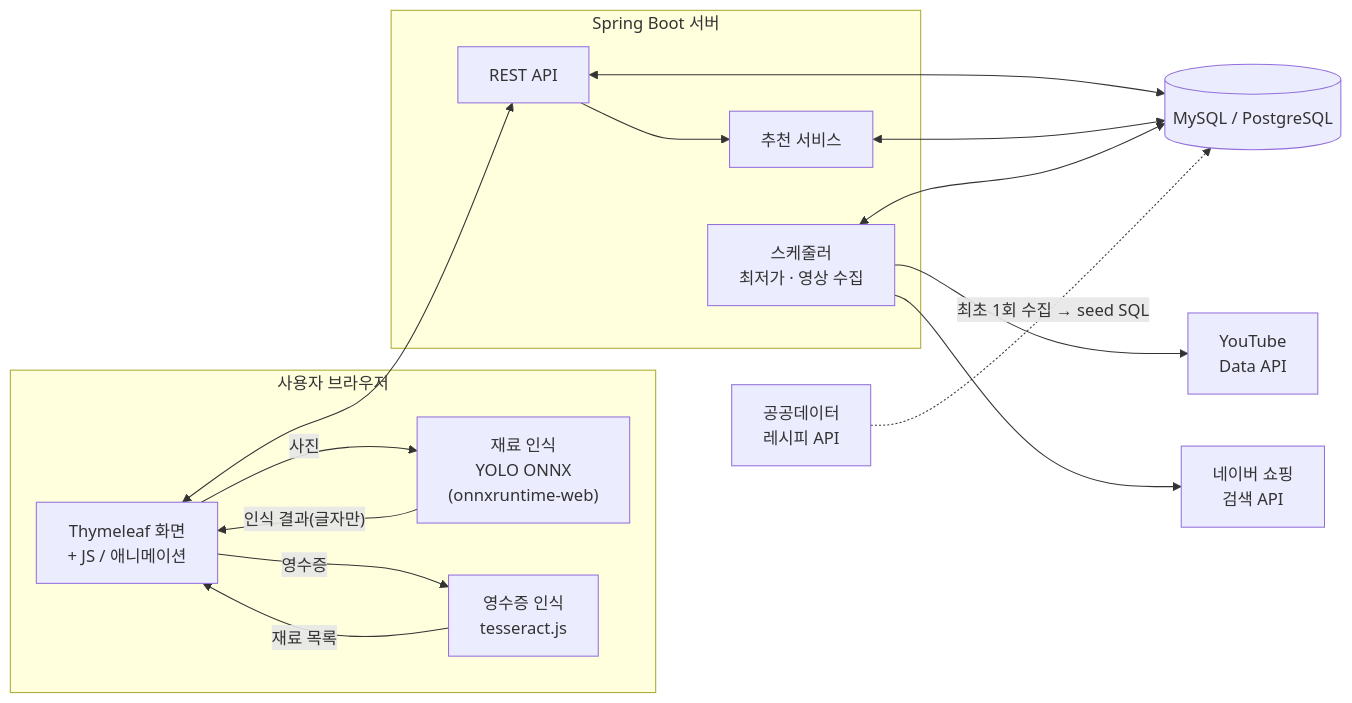
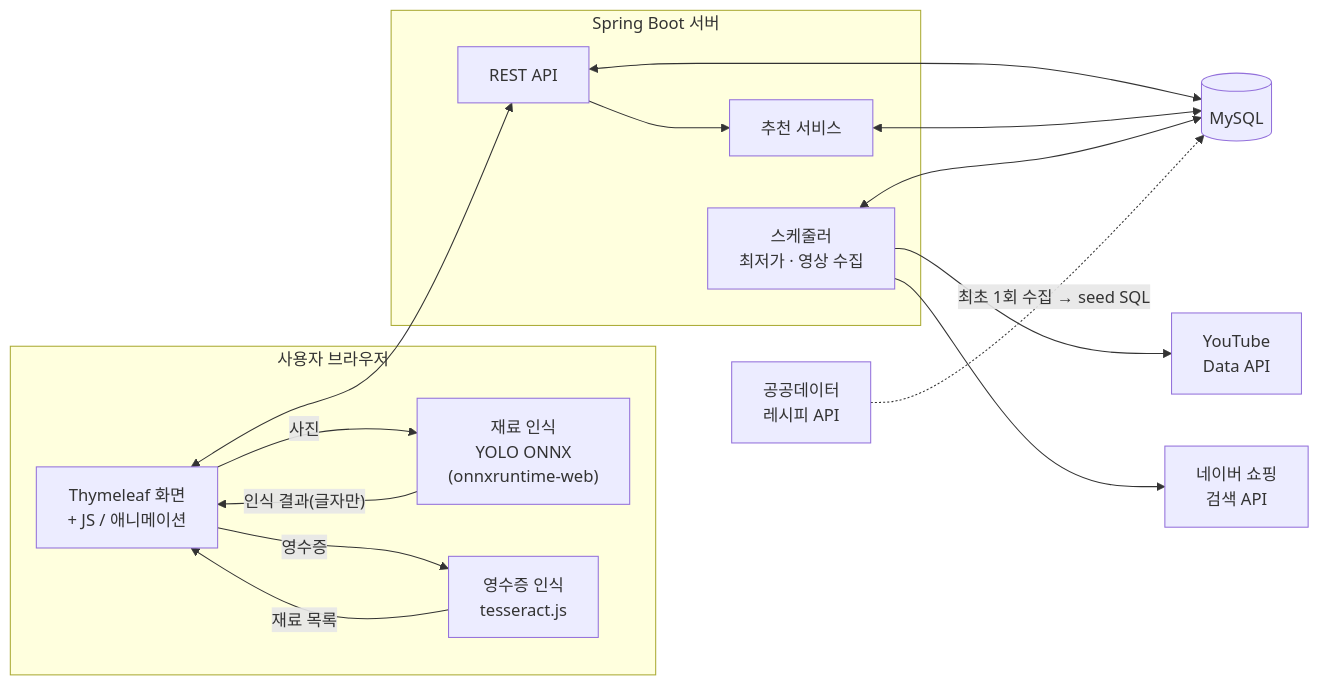
The first of 2 diagrams in README.md (Team-yorijori/yorijori), drawn with Mermaid before and after one commit. The commit also changed other lines of this file and 20 other files, not shown here.

````diff
--- a/README.md
+++ b/README.md
@@ -154,30 +156,30 @@
 ```mermaid
 flowchart LR
   subgraph Browser["사용자 브라우저"]
     UI["Thymeleaf 화면<br/>+ JS / 애니메이션"]
     SCAN["재료 인식<br/>YOLO ONNX<br/>(onnxruntime-web)"]
     OCR["영수증 인식<br/>tesseract.js"]
   end
   subgraph Server["Spring Boot 서버"]
     API["REST API"]
     REC["추천 서비스"]
     SCH["스케줄러<br/>최저가 · 영상 수집"]
   end
-  DB[("MySQL / PostgreSQL")]
+  DB[("MySQL")]
   EXT1["공공데이터<br/>레시피 API"]
   EXT2["YouTube<br/>Data API"]
   EXT3["네이버 쇼핑<br/>검색 API"]
 
   UI -- 사진 --> SCAN
   UI -- 영수증 --> OCR
   SCAN -- 인식 결과(글자만) --> UI
   OCR -- 재료 목록 --> UI
   UI <--> API
   API --> REC
   API <--> DB
   REC <--> DB
   SCH <--> DB
   SCH --> EXT2
   SCH --> EXT3
   EXT1 -. 최초 1회 수집 → seed SQL .-> DB
 ```
````
